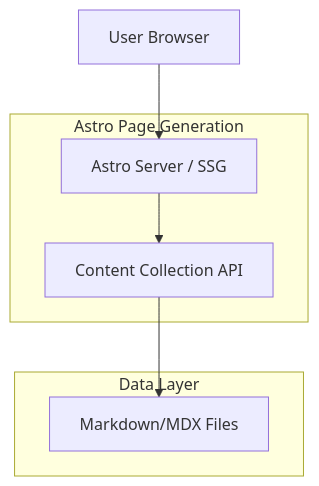
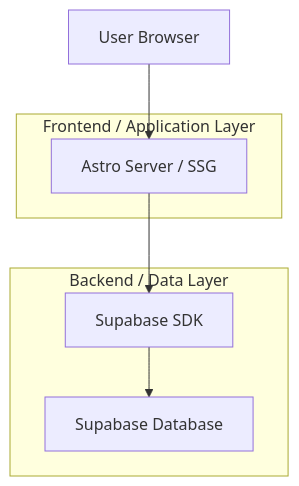
The first of 2 diagrams in .trae/documents/technical_architecture_document.md (Dev-Kimi/site-ofertas), drawn with Mermaid before and after one commit. The commit also changed other lines of this file and 1 other file, not shown here.

Commit message:
feat: add author_id migration and update database schema

````diff
--- a/.trae/documents/technical_architecture_document.md
+++ b/.trae/documents/technical_architecture_document.md
@@ -3,15 +3,15 @@
 ```mermaid
 graph TD
   A[User Browser] --> B[Astro Server / SSG]
-  B --> C[Content Collection API]
-  C --> D[Markdown/MDX Files]
+  B --> C[Supabase SDK]
+  C --> D[Supabase Database]
   
-  subgraph "Astro Page Generation"
+  subgraph "Frontend / Application Layer"
       B
-      C
   end
 
-  subgraph "Data Layer"
+  subgraph "Backend / Data Layer"
+      C
       D
   end
 ```
````
